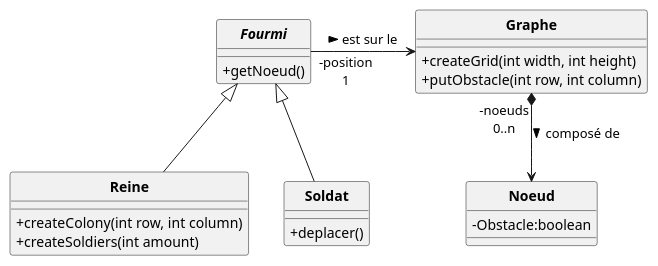
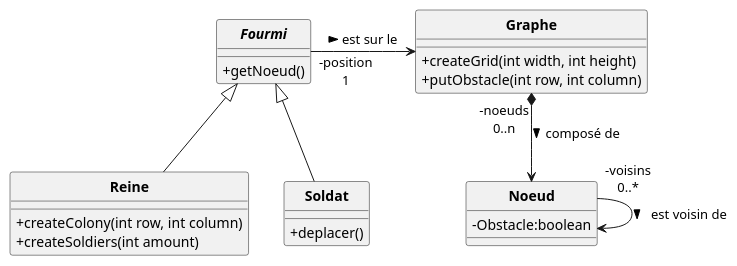
The diagram in Code/uml/Fourmis_DC.puml (ErenMustafaGit/ColonieFourmis), drawn with PlantUML before and after one commit.

Commit message:
Ajout des voisins de noeud

```diff
--- a/Code/uml/Fourmis_DC.puml
+++ b/Code/uml/Fourmis_DC.puml
@@ -1,32 +1,33 @@
 @startuml
 'https://plantuml.com/sequence-diagram
 skinparam style strictuml
 skinparam classAttributeIconSize 0
 skinparam circledCharacterRadius 0
 skinparam circledCharacterFontSize 0
 skinparam classFontStyle Bold
 'autonumber
 
 class Graphe {
     +createGrid(int width, int height)
     +putObstacle(int row, int column)
 }
 class Noeud{
     -Obstacle:boolean
 }
 
 abstract Fourmi {
     +getNoeud()
 }
 class Reine extends Fourmi{
     +createColony(int row, int column)
     +createSoldiers(int amount)
 }
 class Soldat extends Fourmi{
     +deplacer()
 }
 
 Graphe "-noeuds\n0..n" *--> Noeud : composé de >
 Fourmi "-position\n1" -> Graphe : est sur le >
+Noeud "-voisins\n0..*" -> Noeud : est voisin de >
 
 @enduml
```
